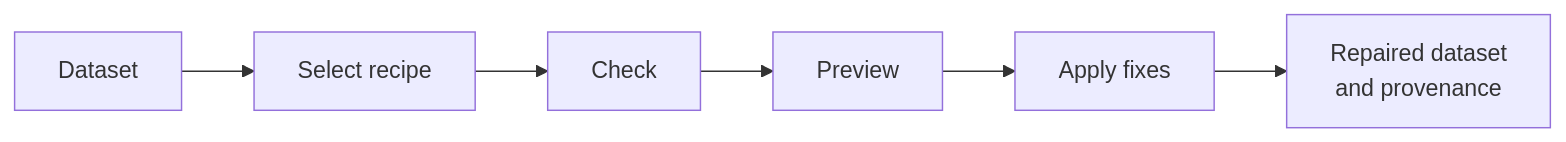
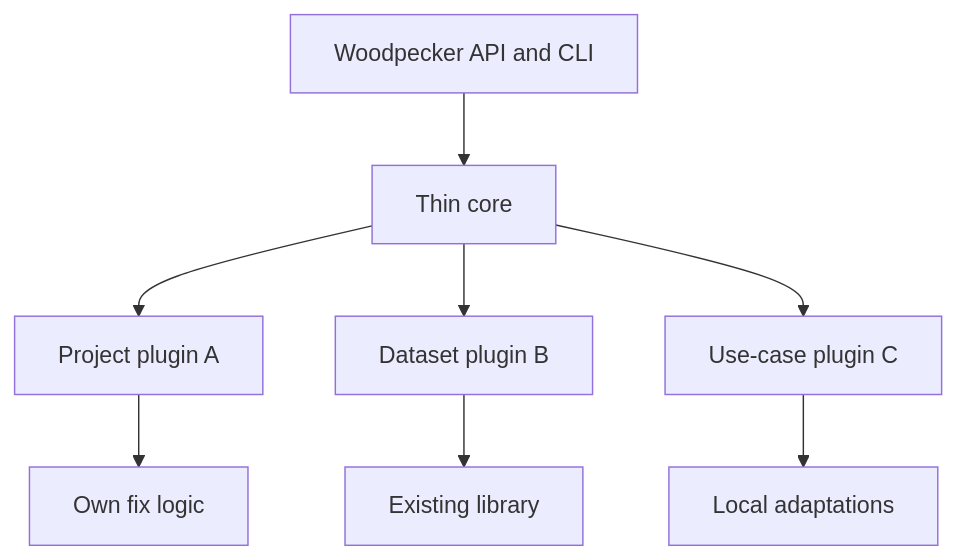
One commit to roocs/woodpecker changed the first of 4 diagrams in woodpecker-milano-slides.md. Above: the diagram before and after it, drawn with Mermaid. The commit also changed other lines of this file, not shown here.

````diff
--- a/woodpecker-milano-slides.md
+++ b/woodpecker-milano-slides.md
@@ -39,8 +44,10 @@
 ```mermaid
-flowchart LR
-    D["Dataset"] --> S["Select recipe"]
-    S --> C["Check"]
-    C --> P["Preview"]
-    P --> A["Apply fixes"]
-    A --> O["Repaired dataset<br/>and provenance"]
+flowchart TD
+    U["Woodpecker API and CLI"] --> C["Thin core"]
+    C --> P1["Project plugin A"]
+    C --> P2["Dataset plugin B"]
+    C --> P3["Use-case plugin C"]
+    P1 --> L1["Own fix logic"]
+    P2 --> L2["Existing library"]
+    P3 --> L3["Local adaptations"]
 ```
````
